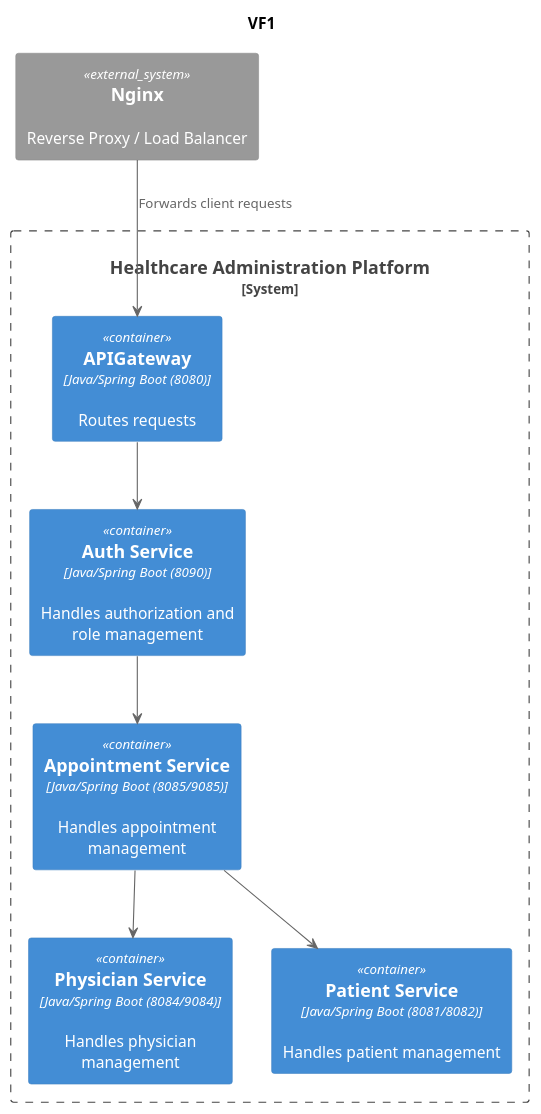
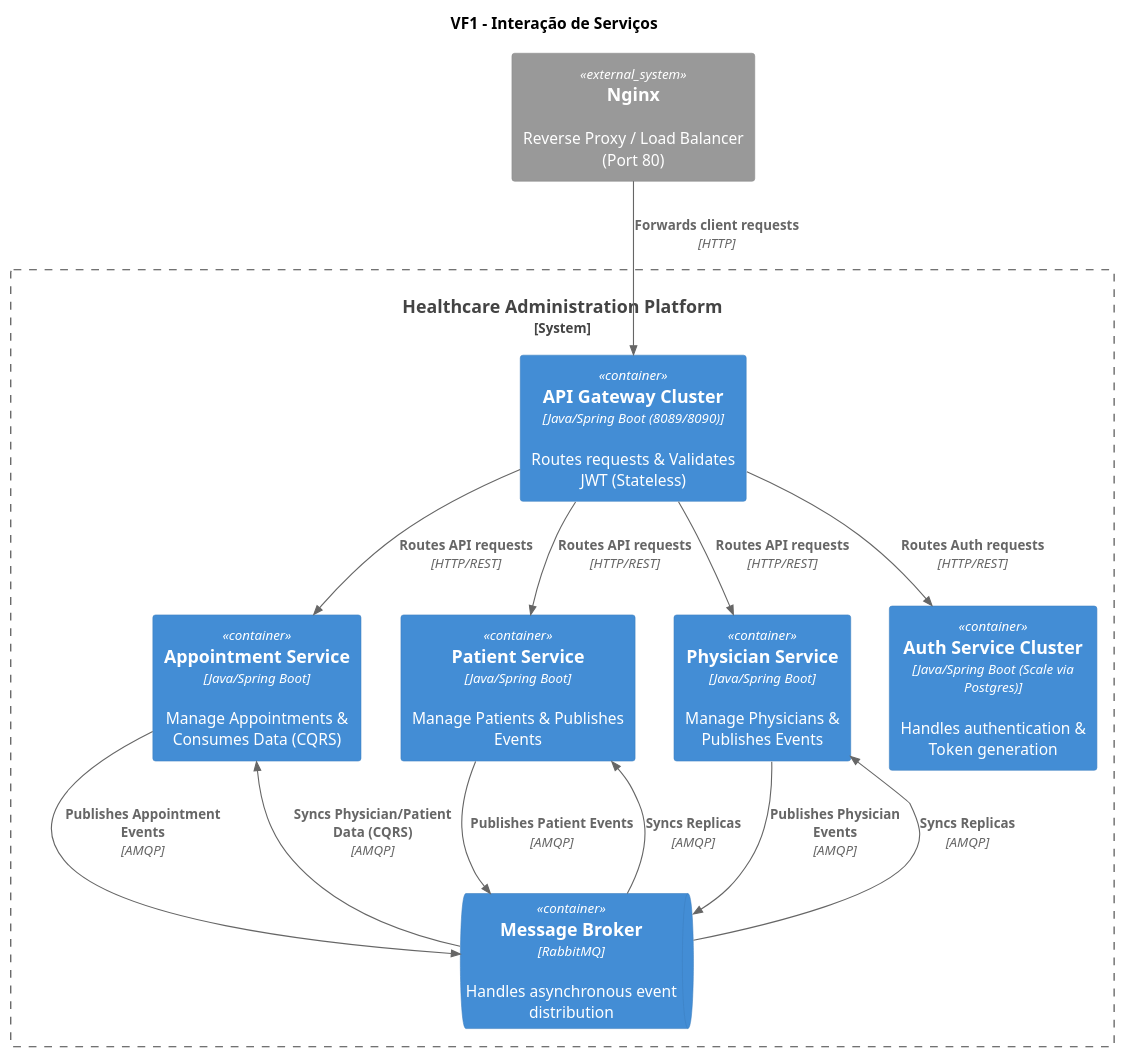
One commit to 1211104/PROJ_SIDIS2025 changed the diagram in docs/iteração2/Vista Física/VF1.puml. Above: the diagram before and after it, drawn with PlantUML. The commit also changed 3 other files, not shown here.

```diff
--- a/docs/iteração2/Vista Física/VF1.puml
+++ b/docs/iteração2/Vista Física/VF1.puml
@@ -1,26 +1,47 @@
 @startuml
-title VF1
+title VF1 - Interação de Serviços
 
 !include https://raw.githubusercontent.com/plantuml-stdlib/C4-PlantUML/master/C4_Container.puml
 
 skinparam shadowing false
 
-System_Ext(nginx, "Nginx", "Reverse Proxy / Load Balancer")
+' --- SISTEMA EXTERNO ---
+System_Ext(nginx, "Nginx", "Reverse Proxy / Load Balancer (Port 80)")
 
+' --- BOUNDARY DO SISTEMA ---
 System_Boundary(hap, "Healthcare Administration Platform") {
 
-  Container(physiciansService, "Physician Service", "Java/Spring Boot (8084/9084)", "Handles physician management")
-  Container(patientsService, "Patient Service", "Java/Spring Boot (8081/8082)", "Handles patient management")
-  Container(appointmentService, "Appointment Service", "Java/Spring Boot (8085/9085)", "Handles appointment management")
-  Container(apigateway, "APIGateway", "Java/Spring Boot (8080)", "Routes requests")
-  Container(authService, "Auth Service", "Java/Spring Boot (8090)", "Handles authorization and role management")
+  ' Componentes de Infraestrutura
+  Container(apigateway, "API Gateway Cluster", "Java/Spring Boot (8089/8090)", "Routes requests & Validates JWT (Stateless)")
+  Container(authService, "Auth Service Cluster", "Java/Spring Boot (Scale via Postgres)", "Handles authentication & Token generation")
+
+  ' O Coração Assíncrono
+  ContainerQueue(rabbitmq, "Message Broker", "RabbitMQ", "Handles asynchronous event distribution")
+
+  ' Serviços de Negócio
+  Container(physiciansService, "Physician Service", "Java/Spring Boot", "Manage Physicians & Publishes Events")
+  Container(patientsService, "Patient Service", "Java/Spring Boot", "Manage Patients & Publishes Events")
+  Container(appointmentService, "Appointment Service", "Java/Spring Boot", "Manage Appointments & Consumes Data (CQRS)")
 
 }
 
-nginx --> apigateway : Forwards client requests
-appointmentService --> physiciansService
-appointmentService --> patientsService
-apigateway --> authService
-authService --> appointmentService
+' --- RELAÇÕES SÍNCRONAS (HTTP) ---
+Rel(nginx, apigateway, "Forwards client requests", "HTTP")
+
+Rel(apigateway, authService, "Routes Auth requests", "HTTP/REST")
+Rel(apigateway, physiciansService, "Routes API requests", "HTTP/REST")
+Rel(apigateway, patientsService, "Routes API requests", "HTTP/REST")
+Rel(apigateway, appointmentService, "Routes API requests", "HTTP/REST")
+
+' --- RELAÇÕES ASSÍNCRONAS (MESSAGING / RABBITMQ) ---
+' 1. Publishers (Quem envia dados)
+Rel_D(physiciansService, rabbitmq, "Publishes Physician Events", "AMQP")
+Rel_D(patientsService, rabbitmq, "Publishes Patient Events", "AMQP")
+Rel_D(appointmentService, rabbitmq, "Publishes Appointment Events", "AMQP")
+
+' 2. Consumers (Quem lê dados para CQRS ou Sync)
+Rel_U(rabbitmq, appointmentService, "Syncs Physician/Patient Data (CQRS)", "AMQP")
+Rel_U(rabbitmq, physiciansService, "Syncs Replicas", "AMQP")
+Rel_U(rabbitmq, patientsService, "Syncs Replicas", "AMQP")
 
 @enduml
```
